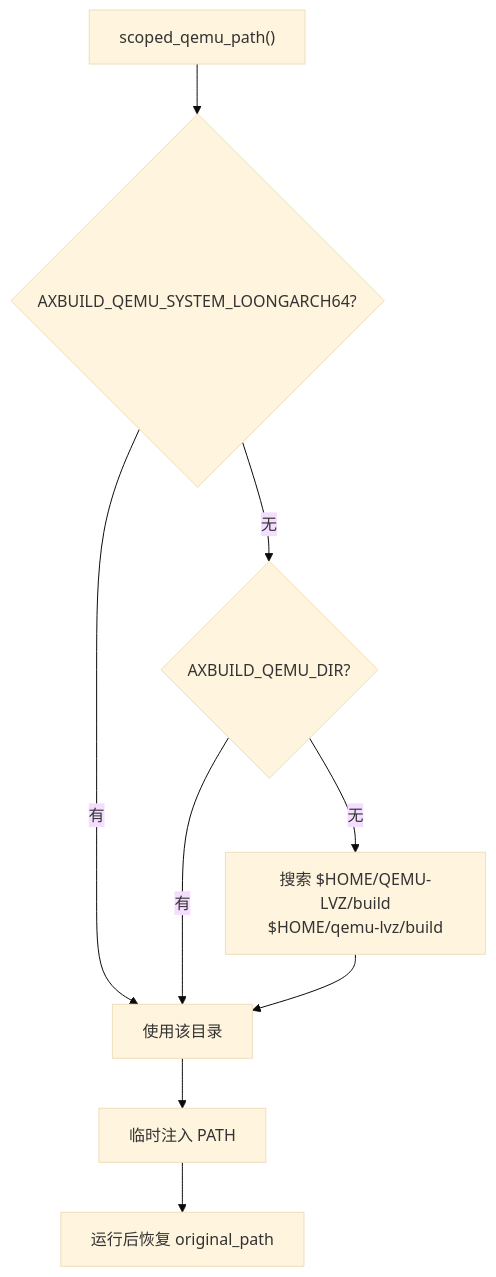
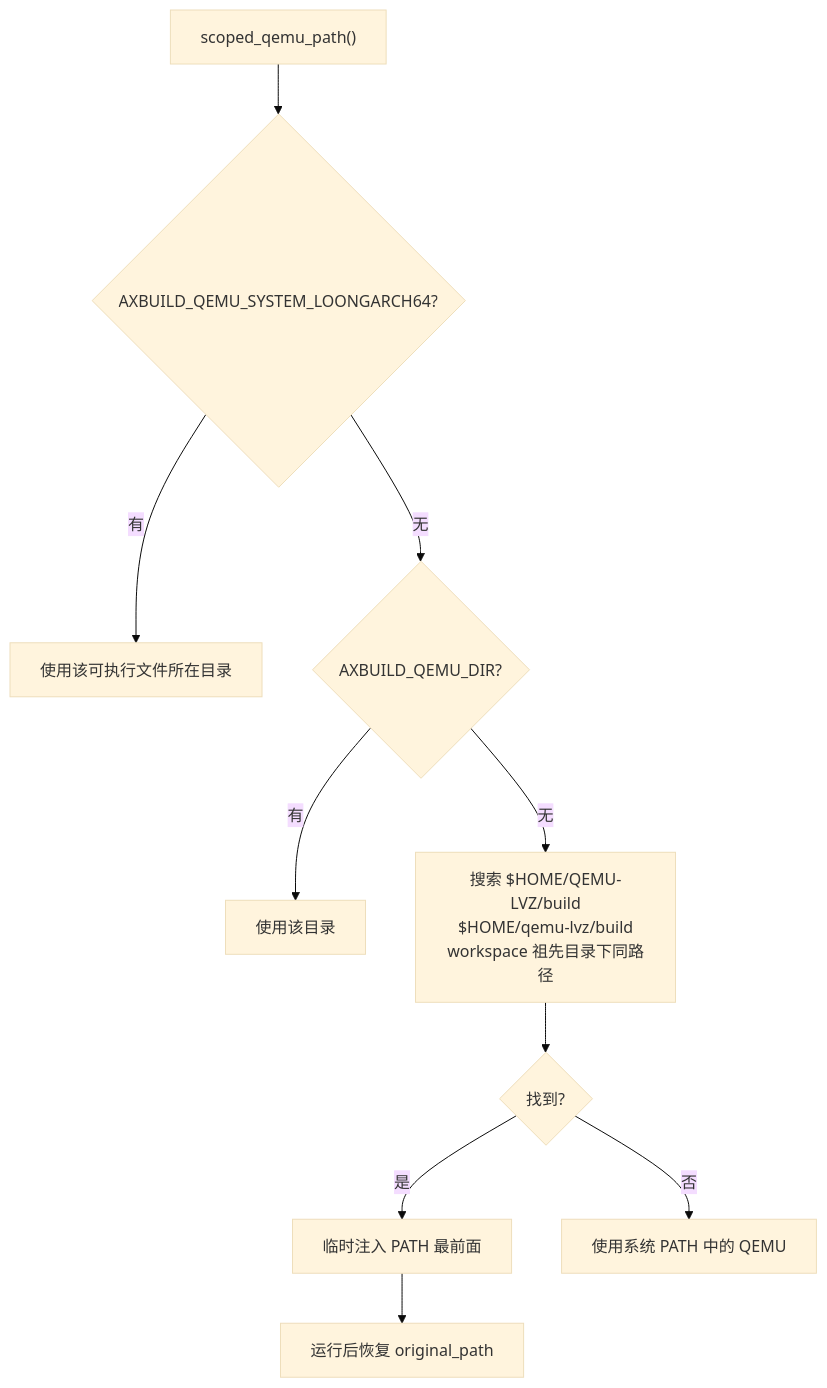
One commit to ZR233/tgoskits changed the second of 6 diagrams in docs/docs/build/run.md. Above: the diagram before and after it, drawn with Mermaid (base theme). The commit also changed other lines of this file and 9 other files, not shown here.

````diff
--- a/docs/docs/build/run.md
+++ b/docs/docs/build/run.md
@@ -61,11 +66,12 @@
 ```mermaid
 flowchart TD
     A["scoped_qemu_path()"] --> B{AXBUILD_QEMU_SYSTEM_LOONGARCH64?}
-    B -->|有| C["使用该目录"]
+    B -->|有| C["使用该可执行文件所在目录"]
     B -->|无| D{AXBUILD_QEMU_DIR?}
-    D -->|有| C
-    D -->|无| E["搜索 $HOME/QEMU-LVZ/build<br/>$HOME/qemu-lvz/build"]
-    E --> C
-    C --> F["临时注入 PATH"]
-    F --> G["运行后恢复 original_path"]
+    D -->|有| E["使用该目录"]
+    D -->|无| F["搜索 $HOME/QEMU-LVZ/build<br/>$HOME/qemu-lvz/build<br/>workspace 祖先目录下同路径"]
+    F --> G{找到?}
+    G -->|是| H["临时注入 PATH 最前面"]
+    G -->|否| I["使用系统 PATH 中的 QEMU"]
+    H --> J["运行后恢复 original_path"]
 ```
````
